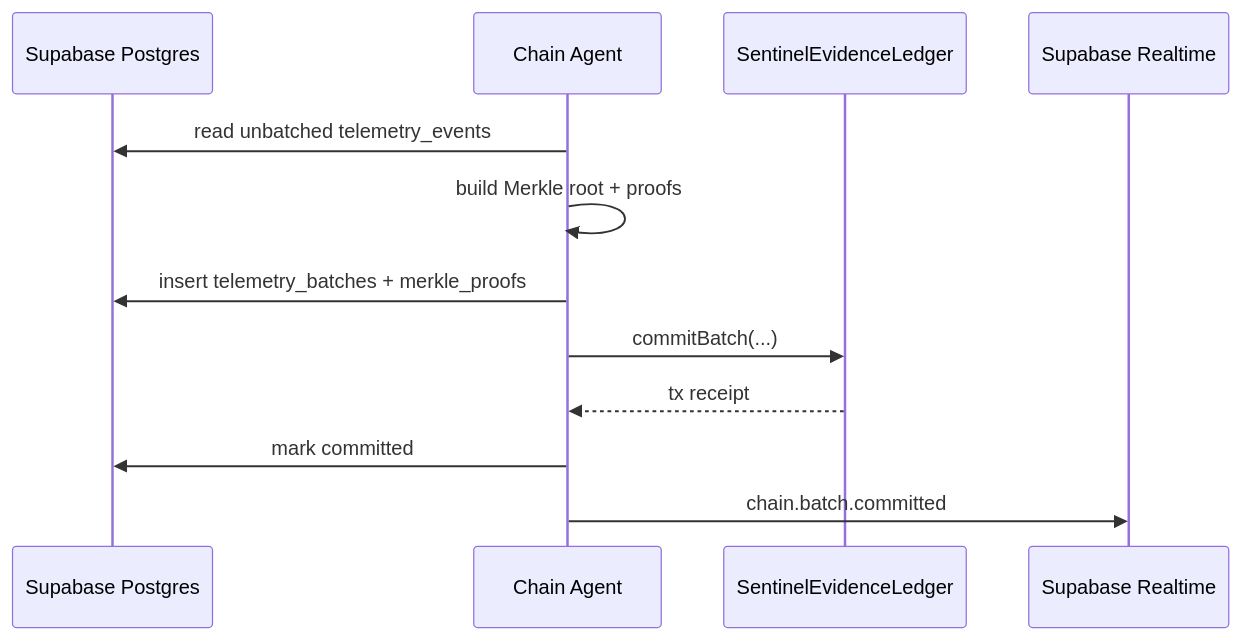
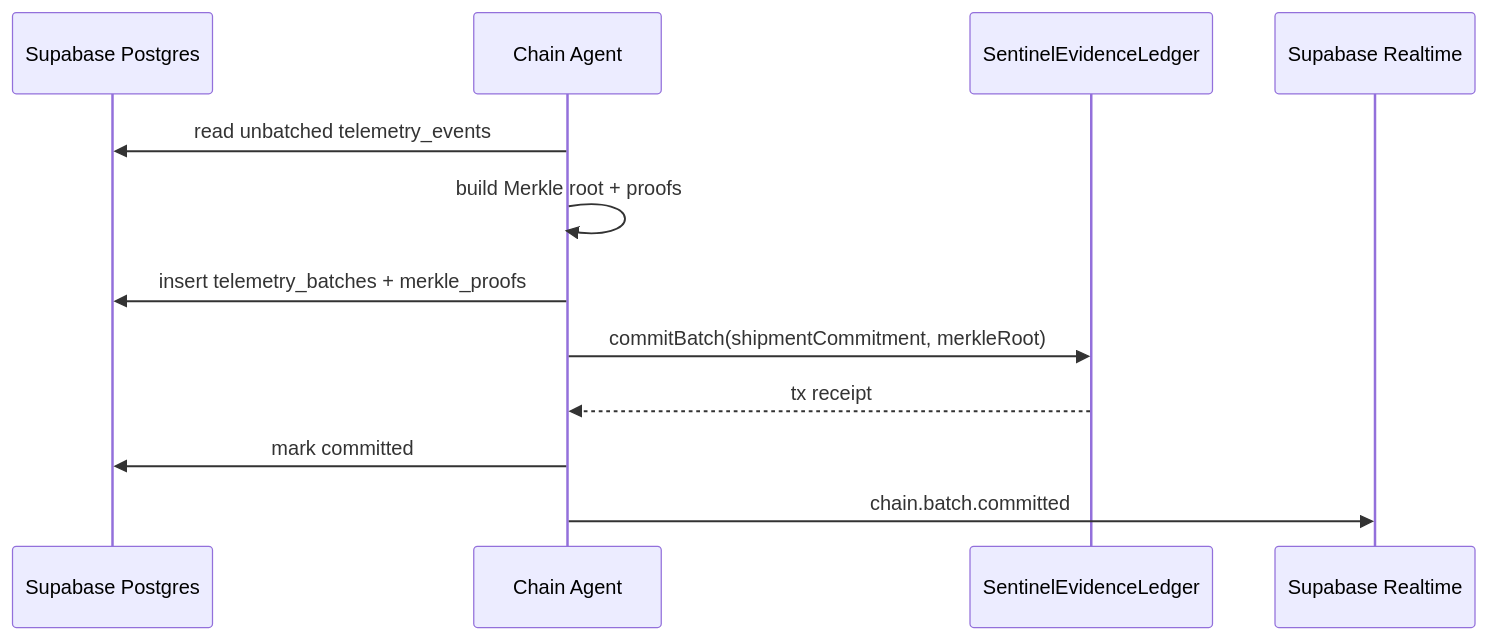
Before and after one commit to roshaninfordham/monad-sentinel: the diagram in packages/chain-agent/README.md, drawn with Mermaid. The commit also changed other lines of this file and 10 other files, not shown here.

````diff
--- a/packages/chain-agent/README.md
+++ b/packages/chain-agent/README.md
@@ -17,15 +17,15 @@
 ```mermaid
 sequenceDiagram
   participant DB as Supabase Postgres
   participant Agent as Chain Agent
   participant Monad as SentinelEvidenceLedger
   participant RT as Supabase Realtime
 
   Agent->>DB: read unbatched telemetry_events
   Agent->>Agent: build Merkle root + proofs
   Agent->>DB: insert telemetry_batches + merkle_proofs
-  Agent->>Monad: commitBatch(...)
+  Agent->>Monad: commitBatch(shipmentCommitment, merkleRoot)
   Monad-->>Agent: tx receipt
   Agent->>DB: mark committed
   Agent->>RT: chain.batch.committed
 ```
````
